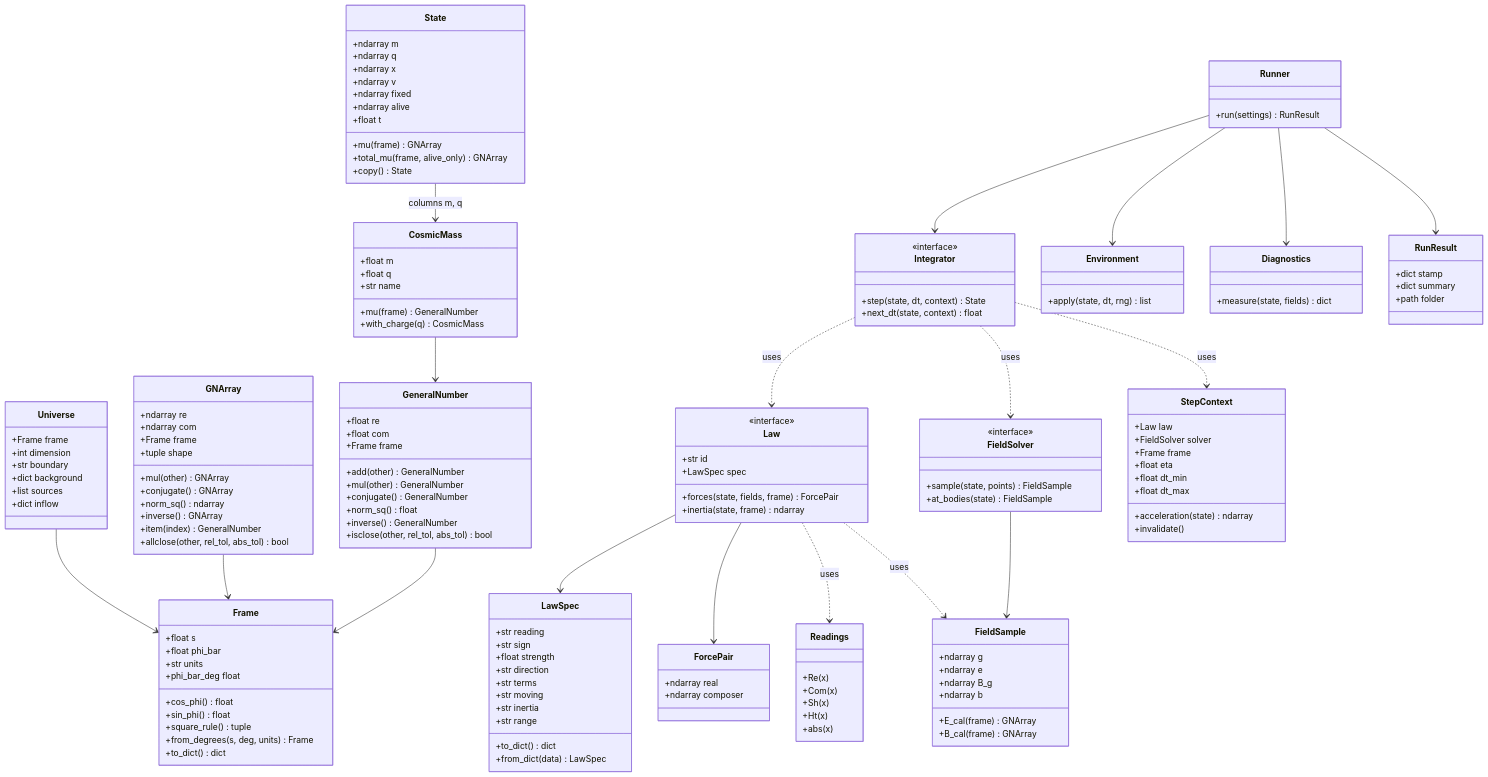
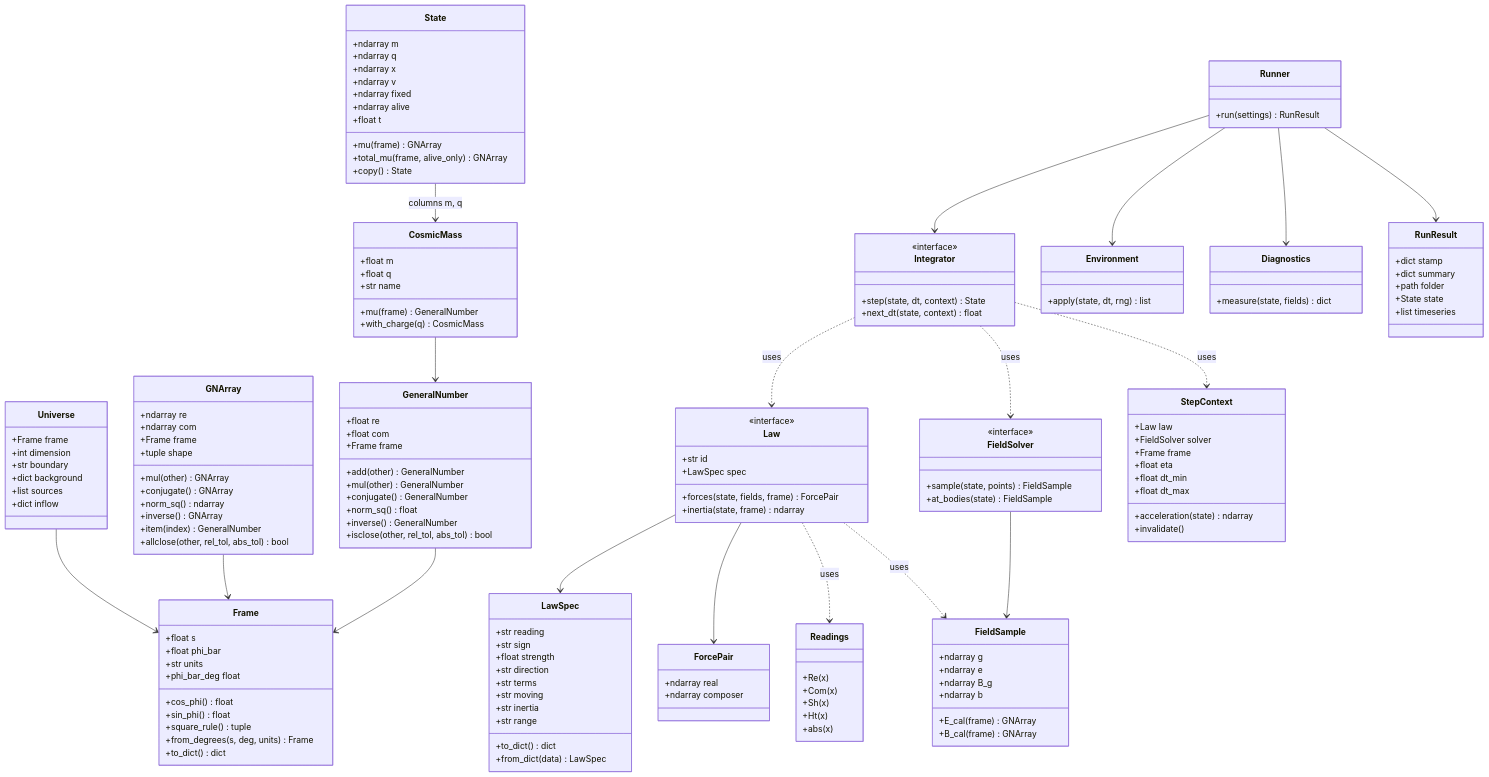
The third of 8 diagrams in ARCHITECTURE.md (MostafaDerraz/cosmic-mass-lab), drawn with Mermaid before and after one commit. The commit also changed other lines of this file and 12 other files, not shown here.

```diff
--- a/ARCHITECTURE.md
+++ b/ARCHITECTURE.md
@@ -358,6 +365,8 @@
         +dict stamp
         +dict summary
         +path folder
+        +State state
+        +list timeseries
     }
 
     GeneralNumber --> Frame
```
